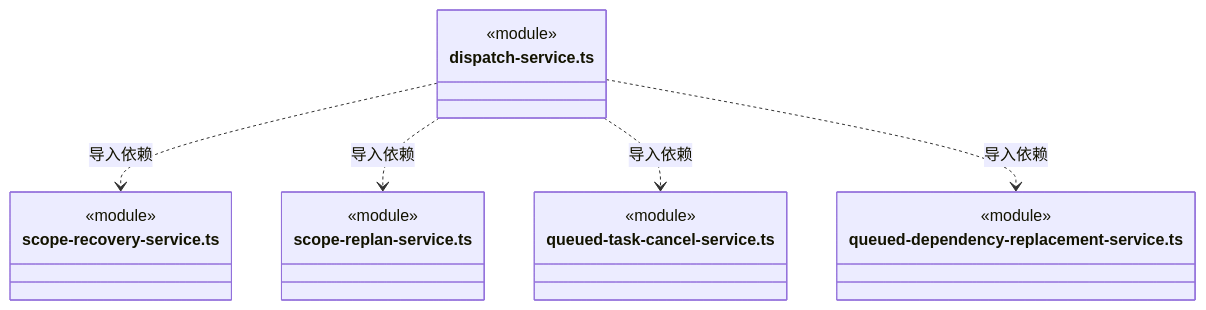
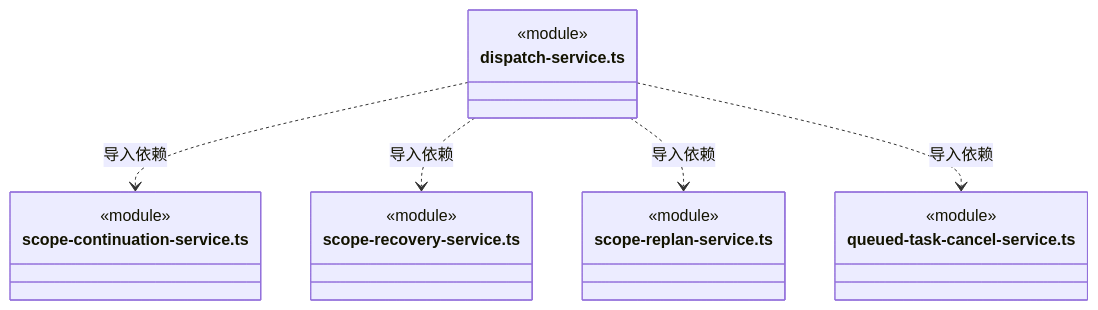
Diagram 41 of 52 in src/backend/scheduler-engine/execution/ARCHITECTURE.md (nan023062/cbim), drawn with Mermaid before and after one commit. The commit also changed other lines of this file and 56 other files, not shown here.

````diff
--- a/src/backend/scheduler-engine/execution/ARCHITECTURE.md
+++ b/src/backend/scheduler-engine/execution/ARCHITECTURE.md
@@ -1090,22 +1125,22 @@
 ```mermaid
 classDiagram
 class N_src_backend_scheduler_engine_execution_dispatch_service_ts["dispatch-service.ts"] {
+  <<module>>
+}
+class N_src_backend_scheduler_engine_execution_scope_continuation_service_ts["scope-continuation-service.ts"] {
   <<module>>
 }
 class N_src_backend_scheduler_engine_execution_scope_recovery_service_ts["scope-recovery-service.ts"] {
   <<module>>
 }
 class N_src_backend_scheduler_engine_execution_scope_replan_service_ts["scope-replan-service.ts"] {
   <<module>>
 }
 class N_src_backend_scheduler_engine_execution_queued_task_cancel_service_ts["queued-task-cancel-service.ts"] {
   <<module>>
 }
-class N_src_backend_scheduler_engine_execution_queued_dependency_replacement_service_ts["queued-dependency-replacement-service.ts"] {
-  <<module>>
-}
+N_src_backend_scheduler_engine_execution_dispatch_service_ts ..> N_src_backend_scheduler_engine_execution_scope_continuation_service_ts : 导入依赖
 N_src_backend_scheduler_engine_execution_dispatch_service_ts ..> N_src_backend_scheduler_engine_execution_scope_recovery_service_ts : 导入依赖
 N_src_backend_scheduler_engine_execution_dispatch_service_ts ..> N_src_backend_scheduler_engine_execution_scope_replan_service_ts : 导入依赖
 N_src_backend_scheduler_engine_execution_dispatch_service_ts ..> N_src_backend_scheduler_engine_execution_queued_task_cancel_service_ts : 导入依赖
-N_src_backend_scheduler_engine_execution_dispatch_service_ts ..> N_src_backend_scheduler_engine_execution_queued_dependency_replacement_service_ts : 导入依赖
 ```
````
